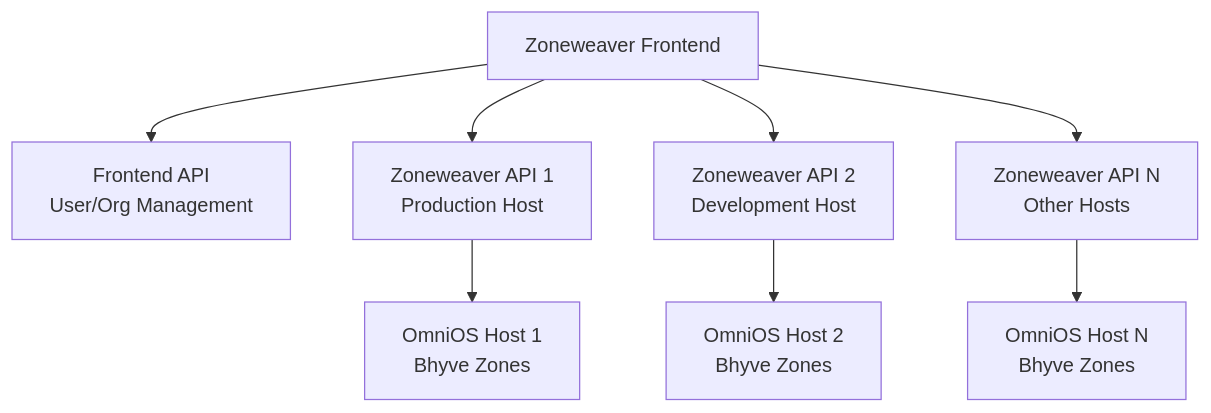
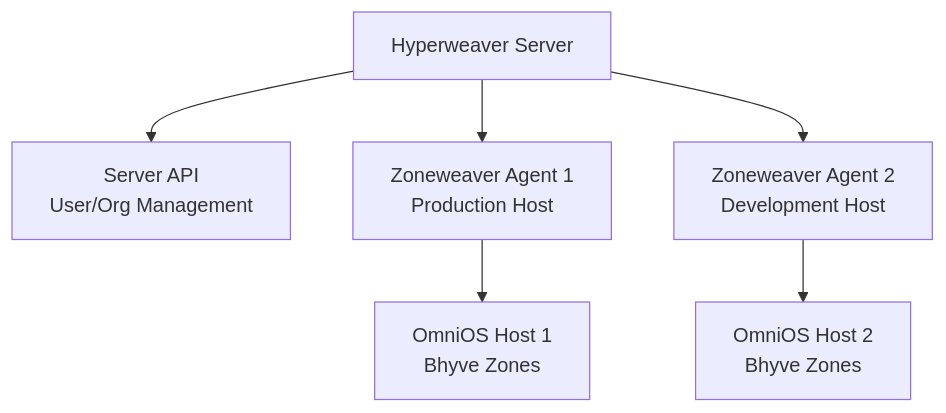
The diagram in docs/guides/backend-integration.md (Makr91/zoneweaver), drawn with Mermaid before and after one commit. The commit also changed other lines of this file and 69 other files, not shown here.

````diff
--- a/docs/guides/backend-integration.md
+++ b/docs/guides/backend-integration.md
@@ -30,10 +28,8 @@
 ```mermaid
 graph TD
-    A[Zoneweaver Frontend] --> B[Frontend API<br/>User/Org Management];
-    A --> C[Zoneweaver API 1<br/>Production Host];
-    A --> D[Zoneweaver API 2<br/>Development Host];
-    A --> E[Zoneweaver API N<br/>Other Hosts];
+    A[Hyperweaver Server] --> B[Server API<br/>User/Org Management];
+    A --> C[Zoneweaver Agent 1<br/>Production Host];
+    A --> D[Zoneweaver Agent 2<br/>Development Host];
     C --> F[OmniOS Host 1<br/>Bhyve Zones];
     D --> G[OmniOS Host 2<br/>Bhyve Zones];
-    E --> H[OmniOS Host N<br/>Bhyve Zones];
 ```
````
